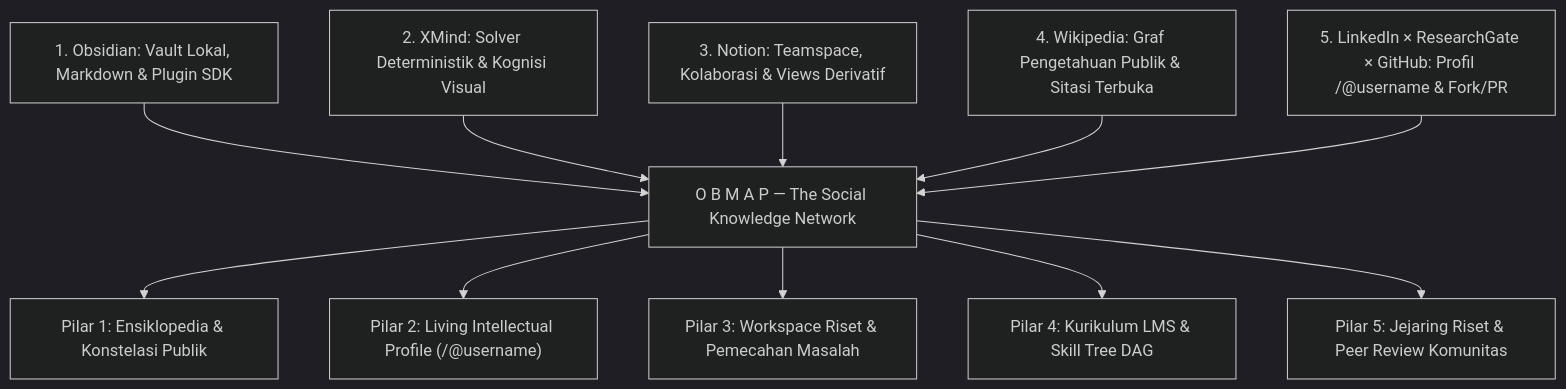
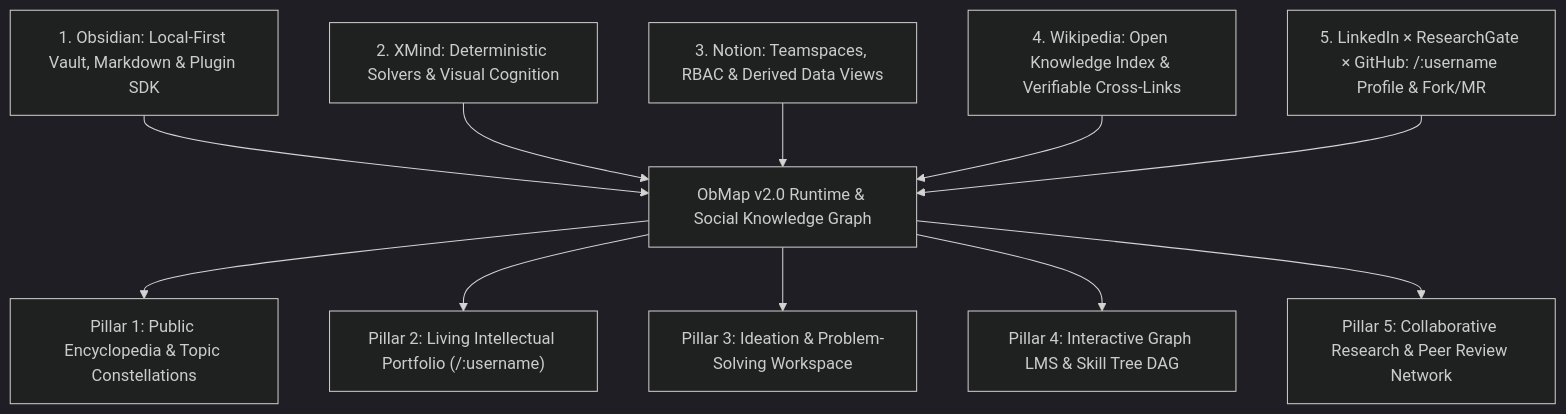
The first of 6 diagrams in docs/00-meta/00-0-master-blueprint.md (mjd-code/obmap-meed), drawn with Mermaid (dark theme) before and after one commit. The commit also changed other lines of this file and 130 other files, not shown here.

````diff
--- a/docs/00-meta/00-0-master-blueprint.md
+++ b/docs/00-meta/00-0-master-blueprint.md
@@ -64,13 +66,13 @@
 ```mermaid
 flowchart TD
-    D1["1. Obsidian: Vault Lokal, Markdown & Plugin SDK"] --> CORE["O B M A P — The Social Knowledge Network"]
-    D2["2. XMind: Solver Deterministik & Kognisi Visual"] --> CORE
-    D3["3. Notion: Teamspace, Kolaborasi & Views Derivatif"] --> CORE
-    D4["4. Wikipedia: Graf Pengetahuan Publik & Sitasi Terbuka"] --> CORE
-    D5["5. LinkedIn × ResearchGate × GitHub: Profil /@username & Fork/PR"] --> CORE
-    CORE --> P1["Pilar 1: Ensiklopedia & Konstelasi Publik"]
-    CORE --> P2["Pilar 2: Living Intellectual Profile (/@username)"]
-    CORE --> P3["Pilar 3: Workspace Riset & Pemecahan Masalah"]
-    CORE --> P4["Pilar 4: Kurikulum LMS & Skill Tree DAG"]
-    CORE --> P5["Pilar 5: Jejaring Riset & Peer Review Komunitas"]
+    R1["1. Obsidian: Local-First Vault, Markdown & Plugin SDK"] --> CORE["ObMap v2.0 Runtime & Social Knowledge Graph"]
+    R2["2. XMind: Deterministic Solvers & Visual Cognition"] --> CORE
+    R3["3. Notion: Teamspaces, RBAC & Derived Data Views"] --> CORE
+    R4["4. Wikipedia: Open Knowledge Index & Verifiable Cross-Links"] --> CORE
+    R5["5. LinkedIn × ResearchGate × GitHub: /:username Profile & Fork/MR"] --> CORE
+    CORE --> P1["Pillar 1: Public Encyclopedia & Topic Constellations"]
+    CORE --> P2["Pillar 2: Living Intellectual Portfolio (/:username)"]
+    CORE --> P3["Pillar 3: Ideation & Problem-Solving Workspace"]
+    CORE --> P4["Pillar 4: Interactive Graph LMS & Skill Tree DAG"]
+    CORE --> P5["Pillar 5: Collaborative Research & Peer Review Network"]
 ```
````
